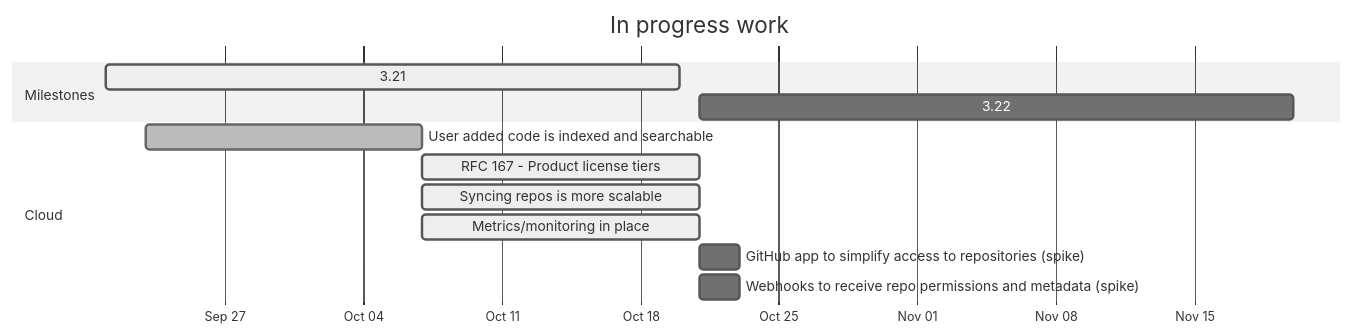
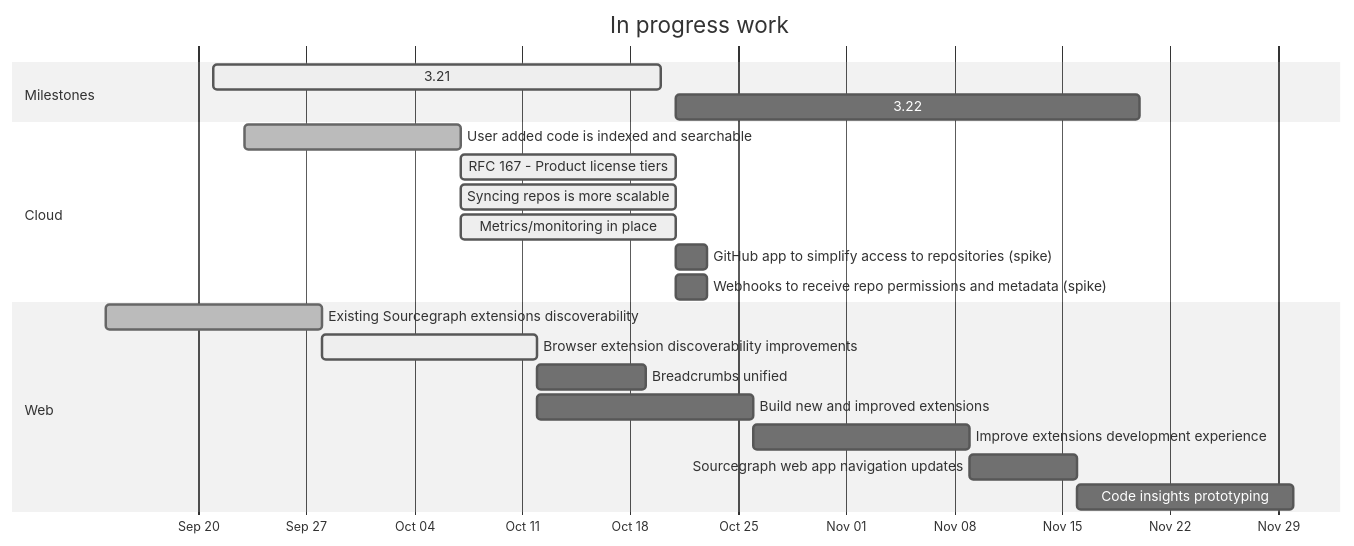
One commit to sourcegraph/about changed the diagram in handbook/product/roadmap.md. Above: the diagram before and after it, drawn with Mermaid (neutral theme). The commit also changed other lines of this file, not shown here.

```diff
--- a/handbook/product/roadmap.md
+++ b/handbook/product/roadmap.md
@@ -7,30 +7,37 @@
 <pre class="mermaid" data-rendered-width="150%" data-scroll-right="50%">
 gantt
     title In progress work
     dateFormat YYYY-MM-DD
     axisFormat %b %d
 
 section Milestones
     3.21 :active, release-3.21, 2020-09-21, 2020-10-20
     3.22 :        release-3.22, 2020-10-21, 2020-11-20
 
 %% section Campaigns
 %%     TO DO :active, after release-3.21, 30d
 
 section Cloud
     User added code is indexed and searchable                 :done,   2020-09-23, 2020-10-07
     RFC 167 - Product license tiers                           :active, 2020-10-07, 14d
     Syncing repos is more scalable                            :active, 2020-10-07, 14d
     Metrics/monitoring in place                               :active, 2020-10-07, 14d
     GitHub app to simplify access to repositories (spike)     :        2020-10-21, 2d
     Webhooks to receive repo permissions and metadata (spike) :        2020-10-21, 2d
 
 %% section Code intel
 %%     TO DO :active, after release-3.21, 30d
 
-%% section Web
+section Web
+    Existing Sourcegraph extensions discoverability           :done,    2020-09-14, 2020-09-28
+    Browser extension discoverability improvements            :active, 2020-09-28, 14d
+    Breadcrumbs unified                                       :         2020-10-12, 7d
+    Build new and improved extensions                         :         2020-10-12, 14d
+    Improve extensions development experience                 :         2020-10-26, 14d
+    Sourcegraph web app navigation updates                    :         2020-11-09, 7d
+    Code insights prototyping                                 :         2020-11-16, 14d
 %%     TO DO :active, after release-3.21, 30d
 
 %% section Search
 %%     TO DO :active, after release-3.21, 30d
 </pre>
```
